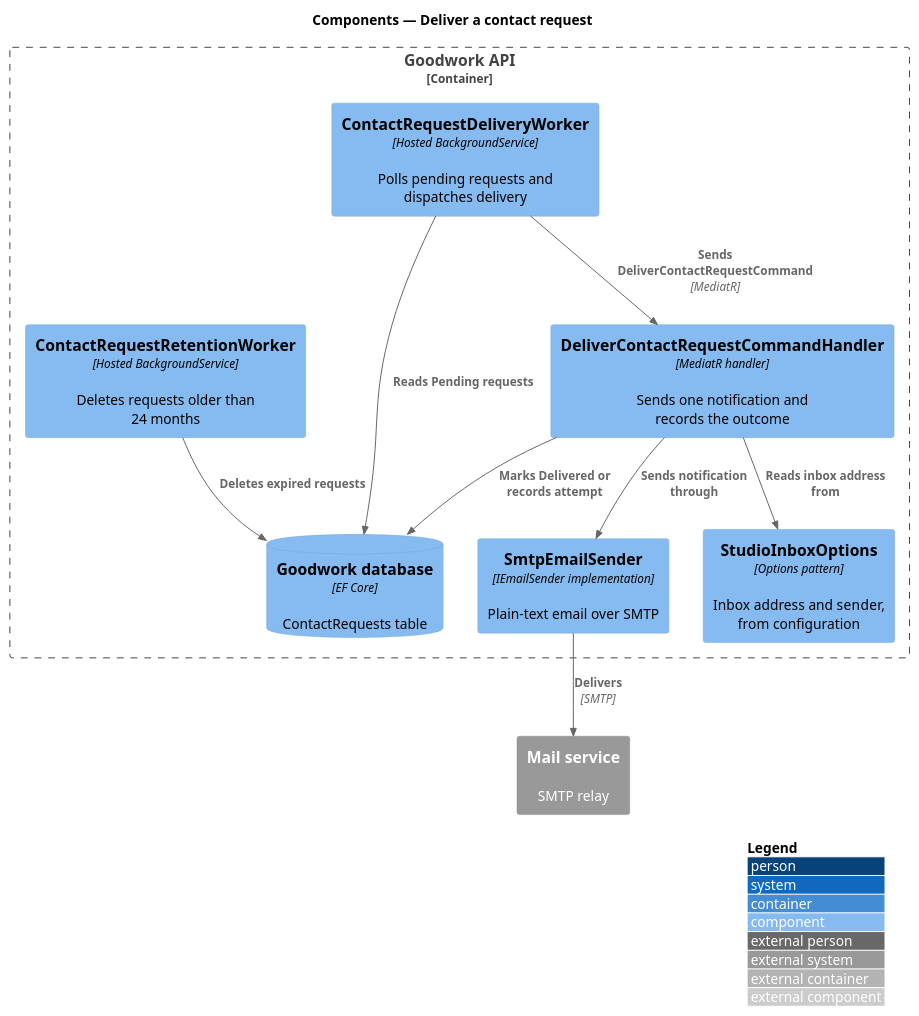
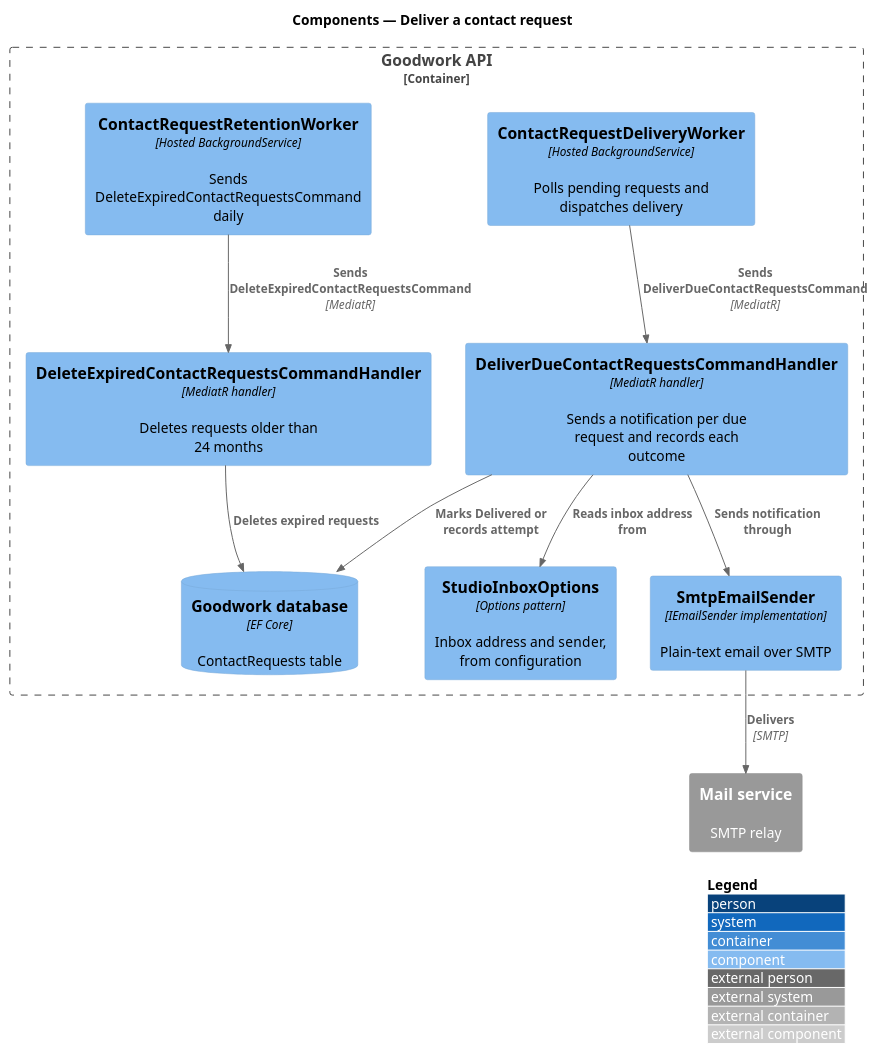
Before and after one commit to QuinntyneBrown/goodwork: the diagram in docs/detailed-designs/contact/deliver-contact-request/diagrams/c4-component.puml, drawn with PlantUML. The commit also changed 196 other files, not shown here.

```diff
--- a/docs/detailed-designs/contact/deliver-contact-request/diagrams/c4-component.puml
+++ b/docs/detailed-designs/contact/deliver-contact-request/diagrams/c4-component.puml
@@ -1,22 +1,23 @@
 @startuml
 !include <C4/C4_Component>
 LAYOUT_WITH_LEGEND()
 title Components — Deliver a contact request
 
 Container_Boundary(api, "Goodwork API") {
   Component(worker, "ContactRequestDeliveryWorker", "Hosted BackgroundService", "Polls pending requests and dispatches delivery")
-  Component(handler, "DeliverContactRequestCommandHandler", "MediatR handler", "Sends one notification and records the outcome")
+  Component(handler, "DeliverDueContactRequestsCommandHandler", "MediatR handler", "Sends a notification per due request and records each outcome")
   Component(sender, "SmtpEmailSender", "IEmailSender implementation", "Plain-text email over SMTP")
   Component(options, "StudioInboxOptions", "Options pattern", "Inbox address and sender, from configuration")
-  Component(retention, "ContactRequestRetentionWorker", "Hosted BackgroundService", "Deletes requests older than 24 months")
+  Component(retention, "ContactRequestRetentionWorker", "Hosted BackgroundService", "Sends DeleteExpiredContactRequestsCommand daily")
+  Component(expiry, "DeleteExpiredContactRequestsCommandHandler", "MediatR handler", "Deletes requests older than 24 months")
   ComponentDb(db, "Goodwork database", "EF Core", "ContactRequests table")
 }
 System_Ext(mail, "Mail service", "SMTP relay")
-Rel(worker, db, "Reads Pending requests")
-Rel(worker, handler, "Sends DeliverContactRequestCommand", "MediatR")
+Rel(worker, handler, "Sends DeliverDueContactRequestsCommand", "MediatR")
 Rel(handler, options, "Reads inbox address from")
 Rel(handler, sender, "Sends notification through")
 Rel(sender, mail, "Delivers", "SMTP")
 Rel(handler, db, "Marks Delivered or records attempt")
-Rel(retention, db, "Deletes expired requests")
+Rel(retention, expiry, "Sends DeleteExpiredContactRequestsCommand", "MediatR")
+Rel(expiry, db, "Deletes expired requests")
 @enduml
```
